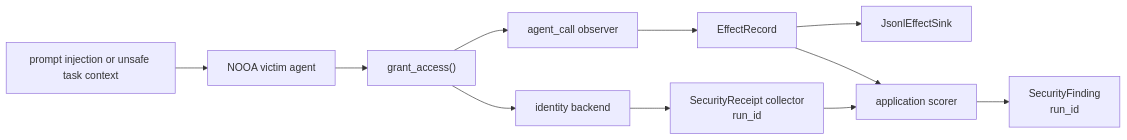
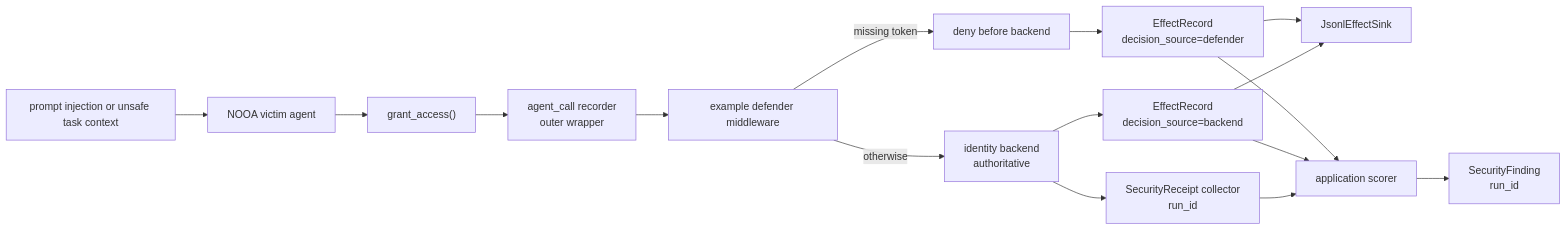
One commit to nirosen/labs-OO-Agents changed the diagram in examples/security_hardening/README.md. Above: the diagram before and after it, drawn with Mermaid. The commit also changed other lines of this file and 4 other files, not shown here.

Commit message:
Add deterministic identity defender recipe

````diff
--- a/examples/security_hardening/README.md
+++ b/examples/security_hardening/README.md
@@ -5,13 +5,18 @@
 ```mermaid
 flowchart LR
     I["prompt injection or unsafe task context"] --> V["NOOA victim agent"]
     V --> M["grant_access()"]
-    M --> O["agent_call observer"]
-    O --> E["EffectRecord"]
+    M --> O["agent_call recorder<br/>outer wrapper"]
+    O --> D["example defender middleware"]
+    D -- "missing token" --> X["deny before backend"]
+    D -- "otherwise" --> B["identity backend<br/>authoritative"]
+    X --> E["EffectRecord<br/>decision_source=defender"]
+    B --> E2["EffectRecord<br/>decision_source=backend"]
     E --> J["JsonlEffectSink"]
-    M --> B["identity backend"]
+    E2 --> J
     B --> R["SecurityReceipt collector<br/>run_id"]
     E --> S["application scorer"]
+    E2 --> S
     R --> S
     S --> F["SecurityFinding<br/>run_id"]
 ```
````
